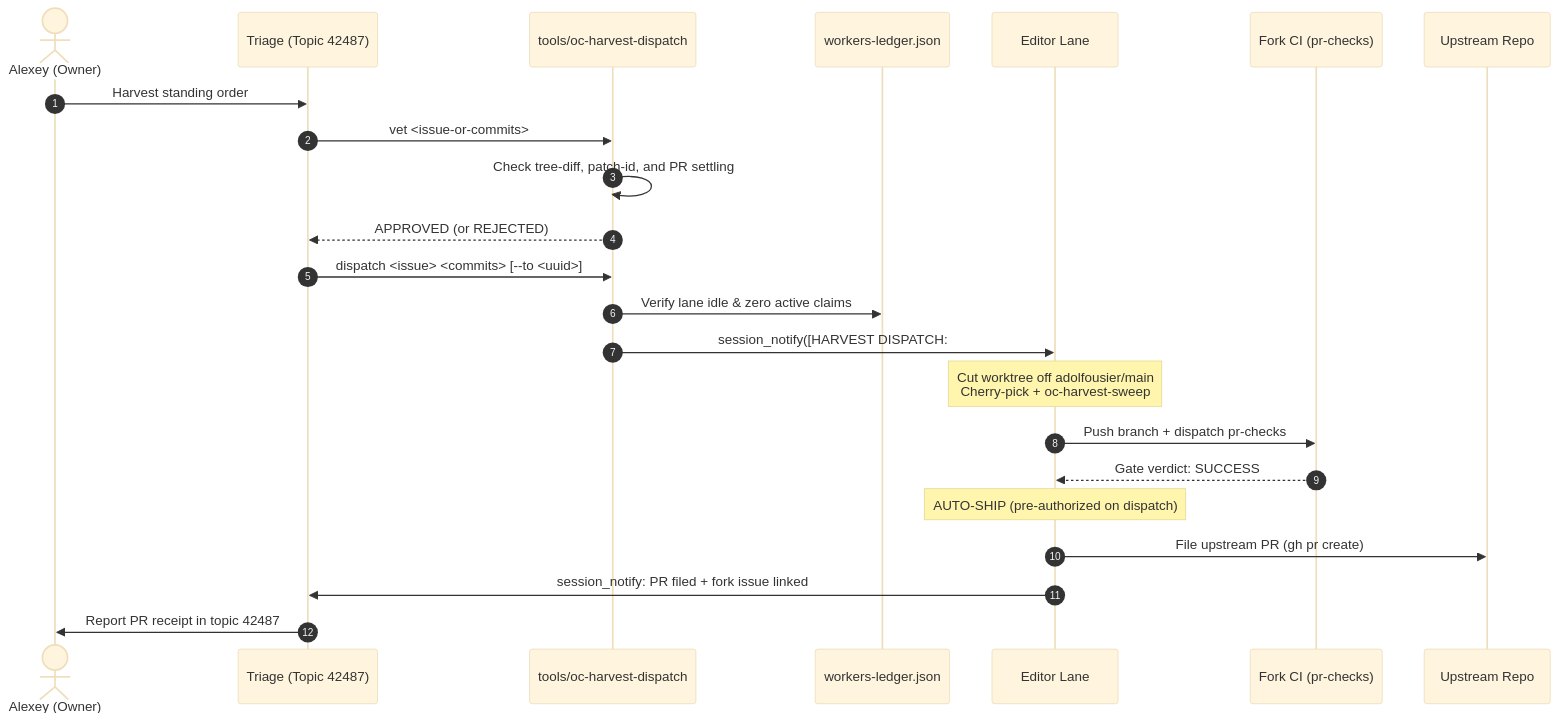
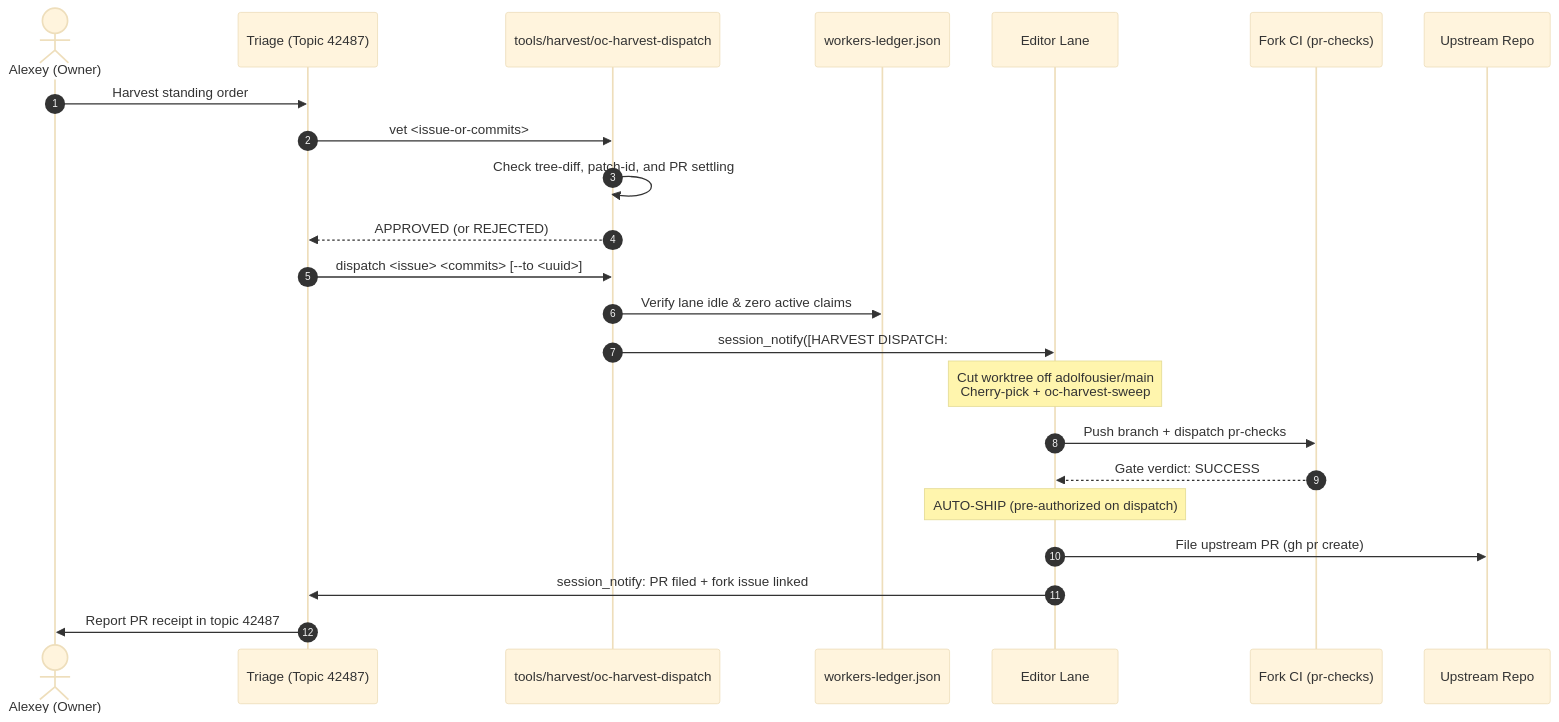
One commit to leshchenko1979/opencrabs-skill changed the diagram in upstream-merge-runbook.md. Above: the diagram before and after it, drawn with Mermaid (base theme). The commit also changed other lines of this file and 8 other files, not shown here.

````diff
--- a/upstream-merge-runbook.md
+++ b/upstream-merge-runbook.md
@@ -392,26 +392,26 @@
 ```mermaid
 sequenceDiagram
     autonumber
     actor Alexey as Alexey (Owner)
     participant Triage as Triage (Topic 42487)
-    participant Tool as tools/oc-harvest-dispatch
+    participant Tool as tools/harvest/oc-harvest-dispatch
     participant Ledger as workers-ledger.json
     participant Editor as Editor Lane
     participant ForkCI as Fork CI (pr-checks)
     participant Upstream as Upstream Repo
 
     Alexey->>Triage: Harvest standing order
     Triage->>Tool: vet <issue-or-commits>
     Tool->>Tool: Check tree-diff, patch-id, and PR settling
     Tool-->>Triage: APPROVED (or REJECTED)
     Triage->>Tool: dispatch <issue> <commits> [--to <uuid>]
     Tool->>Ledger: Verify lane idle & zero active claims
     Tool->>Editor: session_notify([HARVEST DISPATCH: #N])
     Note over Editor: Cut worktree off adolfousier/main<br/>Cherry-pick + oc-harvest-sweep
     Editor->>ForkCI: Push branch + dispatch pr-checks
     ForkCI-->>Editor: Gate verdict: SUCCESS
     Note over Editor: AUTO-SHIP (pre-authorized on dispatch)
     Editor->>Upstream: File upstream PR (gh pr create)
     Editor->>Triage: session_notify: PR filed + fork issue linked
     Triage->>Alexey: Report PR receipt in topic 42487
 ```
````
